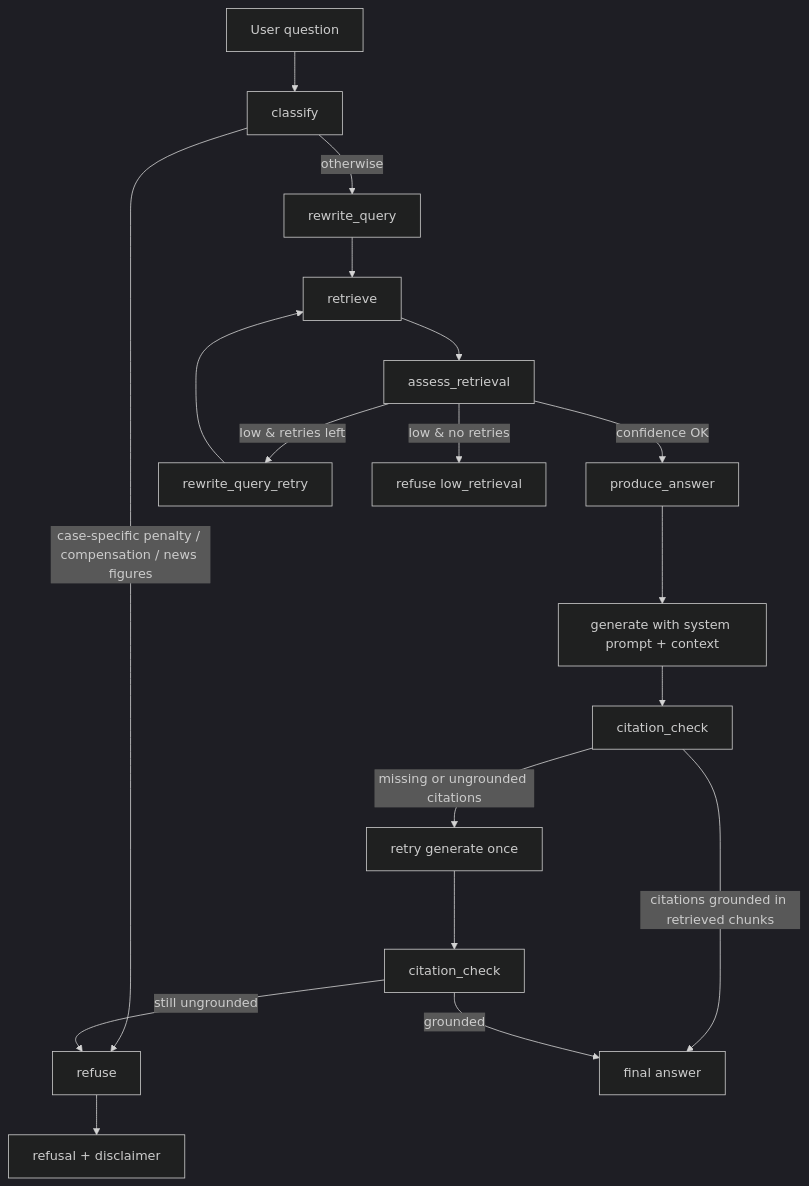
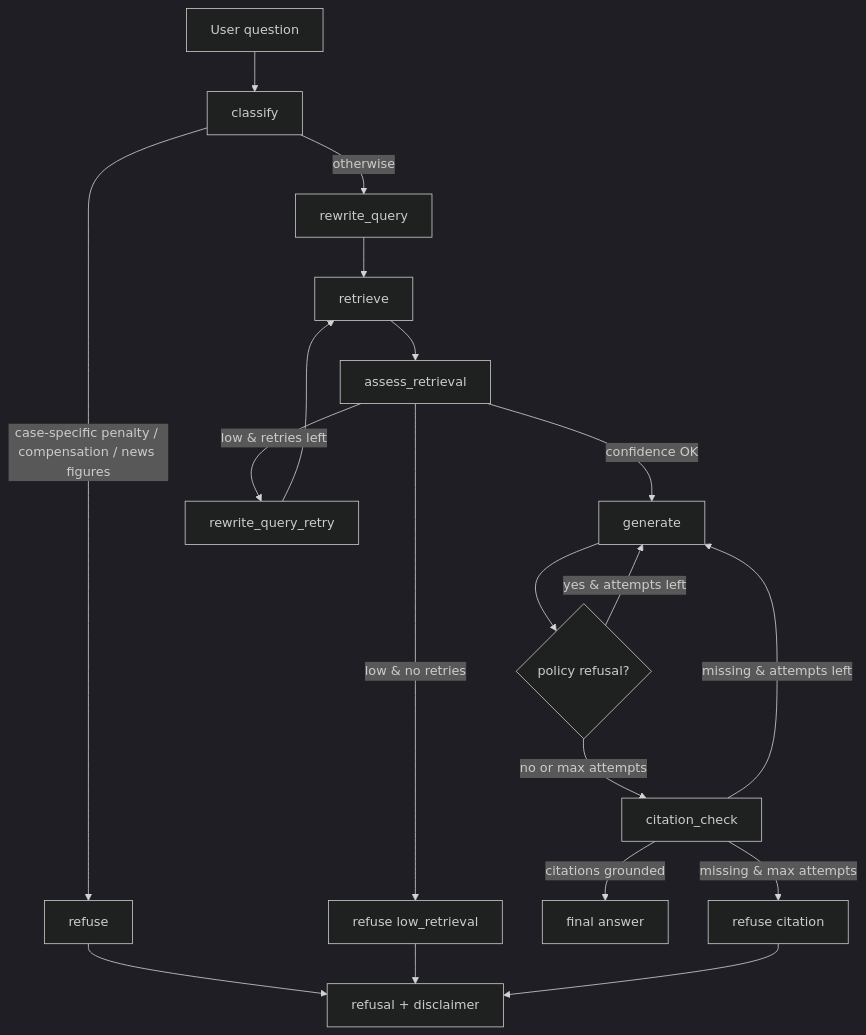
One commit to poirotw66/fin-rag changed the diagram in README.md. Above: the diagram before and after it, drawn with Mermaid (dark theme). The commit also changed other lines of this file and 11 other files, not shown here.

First line of the commit message:
feat: split LangGraph generate/citation nodes and expose observability fields.

````diff
--- a/README.md
+++ b/README.md
@@ -128,20 +129,21 @@
 ```mermaid
 flowchart TD
     Q[User question] --> C[classify]
     C -->|case-specific penalty / compensation / news figures| R[refuse]
     C -->|otherwise| RQ[rewrite_query]
     RQ --> RET[retrieve]
     RET --> AR[assess_retrieval]
-    AR -->|confidence OK| PA[produce_answer]
+    AR -->|confidence OK| G[generate]
     AR -->|low & retries left| RQR[rewrite_query_retry]
     RQR --> RET
     AR -->|low & no retries| RL[refuse low_retrieval]
-    PA --> G[generate with system prompt + context]
-    G --> CH[citation_check]
-    CH -->|citations grounded in retrieved chunks| OUT[final answer]
-    CH -->|missing or ungrounded citations| RETRY[retry generate once]
-    RETRY --> CH2[citation_check]
-    CH2 -->|grounded| OUT
-    CH2 -->|still ungrounded| R
+    G --> RG{policy refusal?}
+    RG -->|yes & attempts left| G
+    RG -->|no or max attempts| CH[citation_check]
+    CH -->|citations grounded| OUT[final answer]
+    CH -->|missing & attempts left| G
+    CH -->|missing & max attempts| RC[refuse citation]
     R --> REF[refusal + disclaimer]
+    RL --> REF
+    RC --> REF
 ```
````
